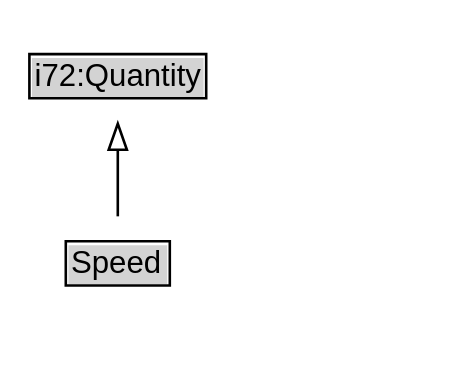
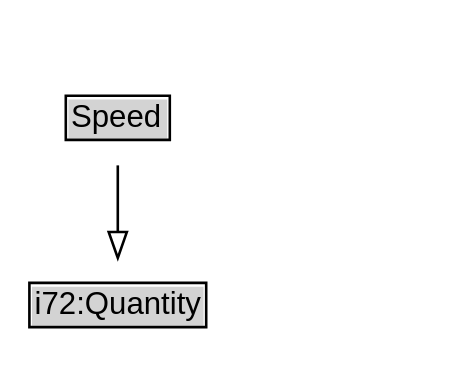
The diagram in docs/diagrams/speed.dot (k-vaughn/ontology-cdm-p1-v1), drawn with Graphviz before and after one commit. The commit also changed 283 other files, not shown here.

```diff
--- a/docs/diagrams/speed.dot
+++ b/docs/diagrams/speed.dot
@@ -1,16 +1,16 @@
 // Diagram for Speed
 digraph {
 	graph [overlap=false rankdir=TB splines=true]
 	node [fontname=Arial fontsize=12 margin=0 shape=none]
 	edge [fontname=Arial fontsize=11]
+	Speed [label=<<TABLE BORDER="1" CELLBORDER="0" CELLSPACING="0" CELLPADDING="1"><TR><TD BGCOLOR="lightgray" ALIGN="CENTER">Speed</TD></TR></TABLE>> URL="../Speed" margin=0]
 	{
 		rank=max
-		Speed [label=<<TABLE BORDER="1" CELLBORDER="0" CELLSPACING="0" CELLPADDING="1"><TR><TD BGCOLOR="lightgray" ALIGN="CENTER" PORT="e">Speed</TD></TR></TABLE>> URL="../Speed.md" margin=0]
 	}
 	subgraph cluster_associated {
 		label="" style=invis
 		Invis [label=<<TABLE BORDER="0" CELLBORDER="0" CELLSPACING="0" CELLPADDING="1"><TR><TD></TD></TR></TABLE>> margin=0 style=invis]
 	}
-	i72_Quantity [label=<<TABLE BORDER="1" CELLBORDER="0" CELLSPACING="0" CELLPADDING="1"><TR><TD BGCOLOR="lightgray" ALIGN="CENTER">i72:Quantity</TD></TR></TABLE>> margin=0]
+	i72_Quantity [label=<<TABLE BORDER="1" CELLBORDER="0" CELLSPACING="0" CELLPADDING="1"><TR><TD BGCOLOR="lightgray" ALIGN="CENTER">i72:Quantity</TD></TR></TABLE>> URL="https://w3id.org/citydata/21972/v1/Quantity" margin=0]
 	Speed -> i72_Quantity [arrowhead=onormal style=solid]
 }
```
